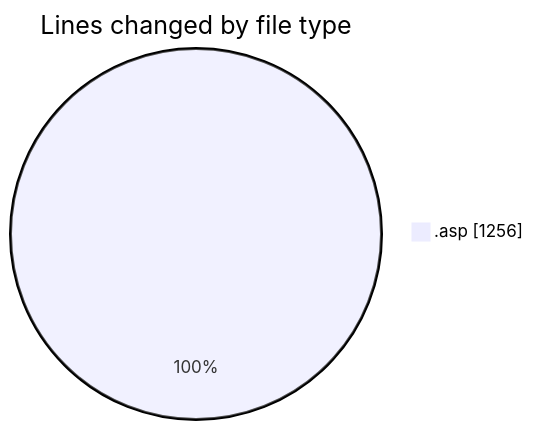
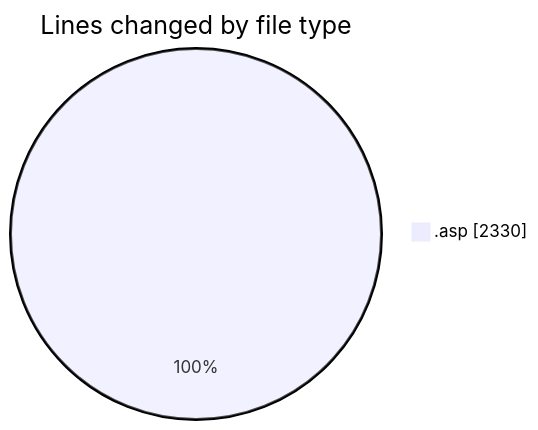
One commit to julien-gomy/code-tracking changed the first of 2 diagrams in 2025-11-04/cdp_aleoudev_fr__workspace_/README.md. Above: the diagram before and after it, drawn with Mermaid. The commit also changed other lines of this file and 1 other file, not shown here.

````diff
--- a/2025-11-04/cdp_aleoudev_fr__workspace_/README.md
+++ b/2025-11-04/cdp_aleoudev_fr__workspace_/README.md
@@ -21,5 +21,5 @@
 ```mermaid
 pie showData
 title Lines changed by file type
-".asp" : 1256
+".asp" : 2330
 ```
````
